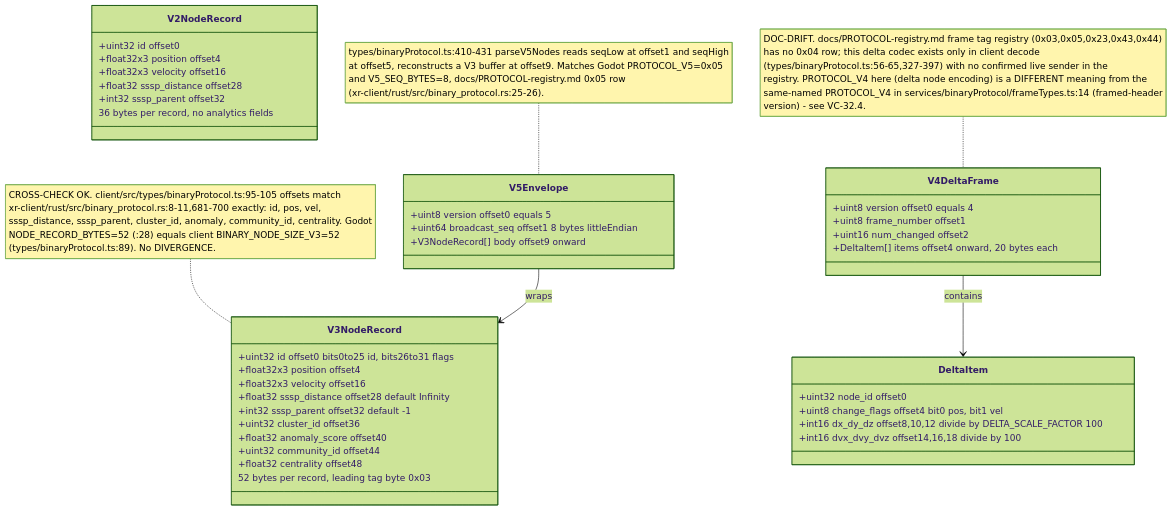
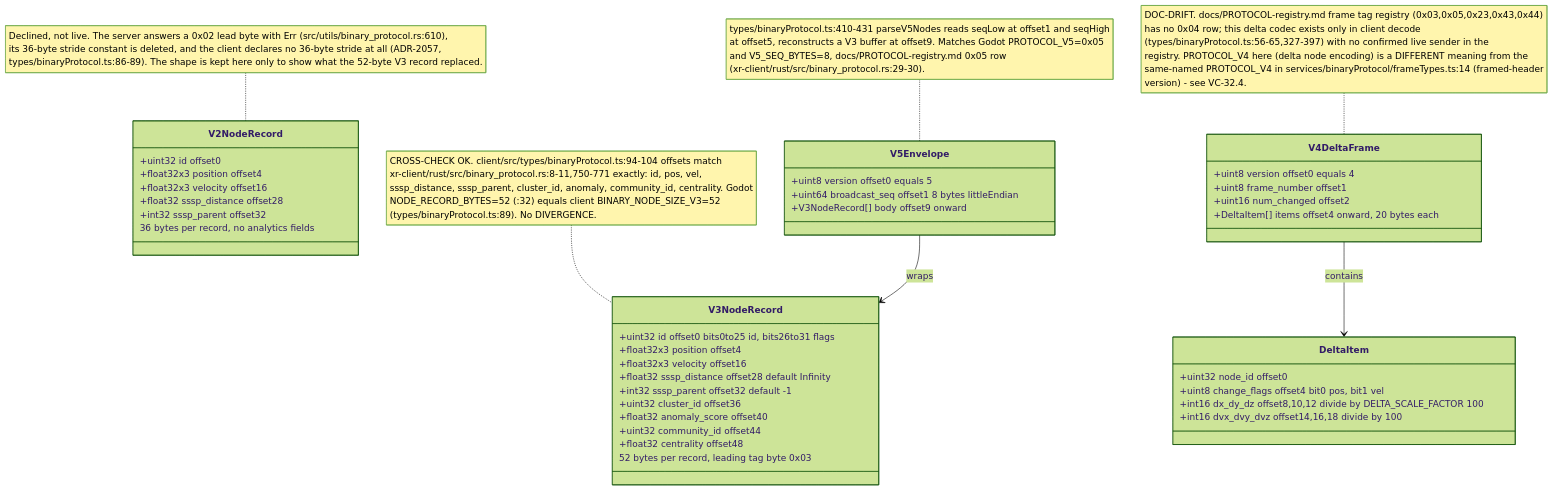
Before and after one commit to DreamLab-AI/VisionFlow: the fifth of 13 diagrams in docs/diagrams/visionclaw/32-client-websocket-and-binary.md, drawn with Mermaid (forest theme). The commit also changed other lines of this file and 4 other files, not shown here.

Commit message:
docs(diagrams): re-verify visionclaw 13 and 32 against project HEAD

````diff
--- a/docs/diagrams/visionclaw/32-client-websocket-and-binary.md
+++ b/docs/diagrams/visionclaw/32-client-websocket-and-binary.md
@@ -207,45 +247,46 @@
 ```mermaid
 classDiagram
     class V3NodeRecord {
       +uint32 id  offset0  bits0to25 id, bits26to31 flags
       +float32x3 position  offset4
       +float32x3 velocity  offset16
       +float32 sssp_distance  offset28  default Infinity
       +int32 sssp_parent  offset32  default -1
       +uint32 cluster_id  offset36
       +float32 anomaly_score  offset40
       +uint32 community_id  offset44
       +float32 centrality  offset48
       52 bytes per record, leading tag byte 0x03
     }
     class V2NodeRecord {
       +uint32 id  offset0
       +float32x3 position  offset4
       +float32x3 velocity  offset16
       +float32 sssp_distance  offset28
       +int32 sssp_parent  offset32
       36 bytes per record, no analytics fields
     }
     class V5Envelope {
       +uint8 version  offset0  equals 5
       +uint64 broadcast_seq  offset1  8 bytes littleEndian
       +V3NodeRecord[] body  offset9 onward
     }
     class V4DeltaFrame {
       +uint8 version  offset0  equals 4
       +uint8 frame_number  offset1
       +uint16 num_changed  offset2
       +DeltaItem[] items  offset4 onward, 20 bytes each
     }
     class DeltaItem {
       +uint32 node_id  offset0
       +uint8 change_flags  offset4  bit0 pos, bit1 vel
       +int16 dx_dy_dz  offset8,10,12  divide by DELTA_SCALE_FACTOR 100
       +int16 dvx_dvy_dvz  offset14,16,18  divide by 100
     }
     V5Envelope --> V3NodeRecord : wraps
     V4DeltaFrame --> DeltaItem : contains
-    note for V3NodeRecord "CROSS-CHECK OK. client/src/types/binaryProtocol.ts:95-105 offsets match<br/>xr-client/rust/src/binary_protocol.rs:8-11,681-700 exactly: id, pos, vel,<br/>sssp_distance, sssp_parent, cluster_id, anomaly, community_id, centrality. Godot<br/>NODE_RECORD_BYTES=52 (:28) equals client BINARY_NODE_SIZE_V3=52<br/>(types/binaryProtocol.ts:89). No DIVERGENCE."
-    note for V5Envelope "types/binaryProtocol.ts:410-431 parseV5Nodes reads seqLow at offset1 and seqHigh<br/>at offset5, reconstructs a V3 buffer at offset9. Matches Godot PROTOCOL_V5=0x05<br/>and V5_SEQ_BYTES=8, docs/PROTOCOL-registry.md 0x05 row<br/>(xr-client/rust/src/binary_protocol.rs:25-26)."
+    note for V3NodeRecord "CROSS-CHECK OK. client/src/types/binaryProtocol.ts:94-104 offsets match<br/>xr-client/rust/src/binary_protocol.rs:8-11,750-771 exactly: id, pos, vel,<br/>sssp_distance, sssp_parent, cluster_id, anomaly, community_id, centrality. Godot<br/>NODE_RECORD_BYTES=52 (:32) equals client BINARY_NODE_SIZE_V3=52<br/>(types/binaryProtocol.ts:89). No DIVERGENCE."
+    note for V2NodeRecord "Declined, not live. The server answers a 0x02 lead byte with Err (src/utils/binary_protocol.rs:610),<br/>its 36-byte stride constant is deleted, and the client declares no 36-byte stride at all (ADR-2057,<br/>types/binaryProtocol.ts:86-89). The shape is kept here only to show what the 52-byte V3 record replaced."
+    note for V5Envelope "types/binaryProtocol.ts:410-431 parseV5Nodes reads seqLow at offset1 and seqHigh<br/>at offset5, reconstructs a V3 buffer at offset9. Matches Godot PROTOCOL_V5=0x05<br/>and V5_SEQ_BYTES=8, docs/PROTOCOL-registry.md 0x05 row<br/>(xr-client/rust/src/binary_protocol.rs:29-30)."
     note for V4DeltaFrame "DOC-DRIFT. docs/PROTOCOL-registry.md frame tag registry (0x03,0x05,0x23,0x43,0x44)<br/>has no 0x04 row; this delta codec exists only in client decode<br/>(types/binaryProtocol.ts:56-65,327-397) with no confirmed live sender in the<br/>registry. PROTOCOL_V4 here (delta node encoding) is a DIFFERENT meaning from the<br/>same-named PROTOCOL_V4 in services/binaryProtocol/frameTypes.ts:14 (framed-header<br/>version) - see VC-32.4."
 ```
````
